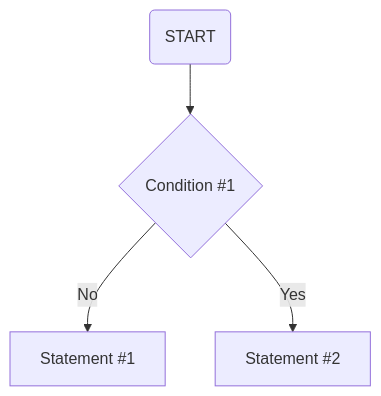
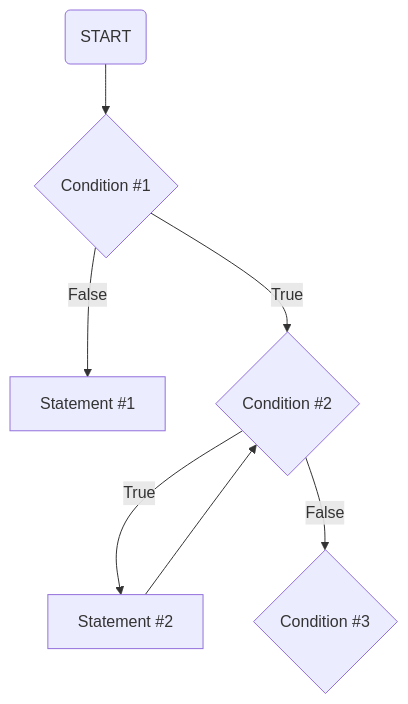
The diagram in README.md (RaphaelZH/OpenCV_Program_EN), drawn with Mermaid before and after one commit. The commit also changed other lines of this file and 1 other file, not shown here.

````diff
--- a/README.md
+++ b/README.md
@@ -5,9 +5,15 @@
 ```mermaid
 flowchart TD
 
 A(START) --> B{Condition #1}
 
-B --> |No| C[Statement #1]
+B --> |False| C[Statement #1]
 
-B --> |Yes| D[Statement #2]
+B --> |True| D{Condition #2}
+
+D --> |True| E[Statement #2]
+
+E --> D{Condition #2}
+
+D --> |False| F{Condition #3}
 ```
````
